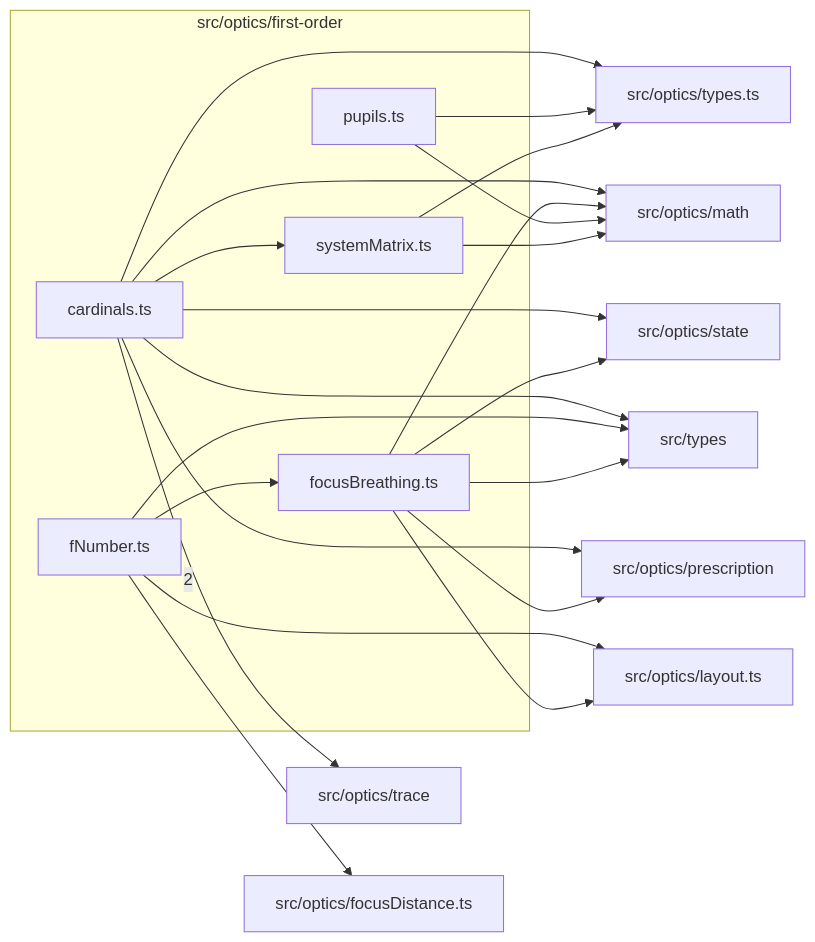
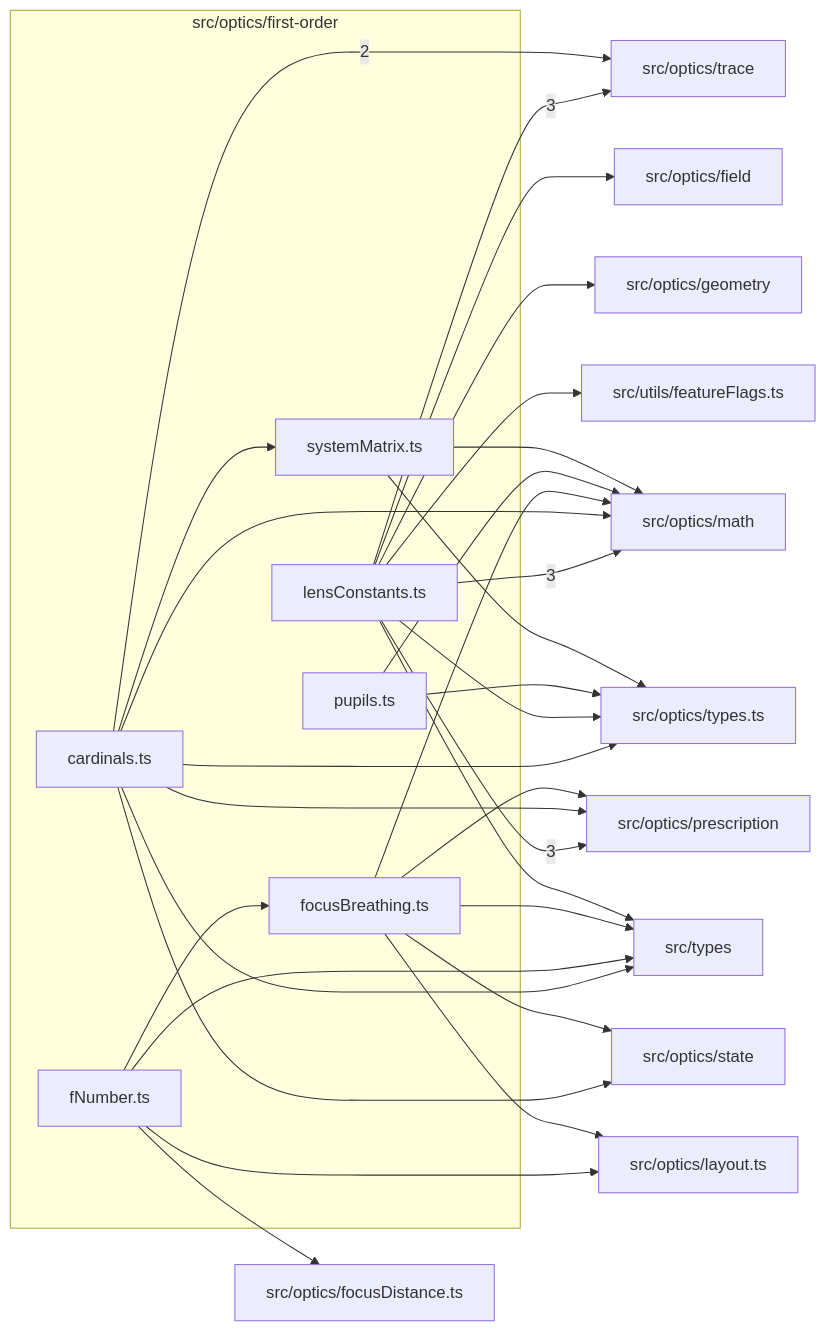
One commit to ronbuening/LensVisualizer changed the diagram in src/optics/first-order/readme.md. Above: the diagram before and after it, drawn with Mermaid. The commit also changed other lines of this file and 55 other files, not shown here.

Commit message:
S5.P1.T2 Lens constants and the RuntimeLens view, without the runtime back-pointer

````diff
--- a/src/optics/first-order/readme.md
+++ b/src/optics/first-order/readme.md
@@ -9,38 +9,50 @@
 ```mermaid
 flowchart LR
   subgraph n_src_optics_first_order["src/optics/first-order"]
     n_src_optics_first_order_src_optics_first_order_cardinals_ts["cardinals.ts"]
     n_src_optics_first_order_src_optics_first_order_fNumber_ts["fNumber.ts"]
     n_src_optics_first_order_src_optics_first_order_focusBreathing_ts["focusBreathing.ts"]
+    n_src_optics_first_order_src_optics_first_order_lensConstants_ts["lensConstants.ts"]
     n_src_optics_first_order_src_optics_first_order_pupils_ts["pupils.ts"]
     n_src_optics_first_order_src_optics_first_order_systemMatrix_ts["systemMatrix.ts"]
   end
-  n_external_src_optics_trace["src/optics/trace"]
-  n_external_src_optics_focusDistance_ts["src/optics/focusDistance.ts"]
-  n_external_src_optics_layout_ts["src/optics/layout.ts"]
   n_external_src_optics_math["src/optics/math"]
   n_external_src_optics_prescription["src/optics/prescription"]
+  n_external_src_optics_trace["src/optics/trace"]
+  n_external_src_optics_field["src/optics/field"]
+  n_external_src_optics_focusDistance_ts["src/optics/focusDistance.ts"]
+  n_external_src_optics_geometry["src/optics/geometry"]
+  n_external_src_optics_layout_ts["src/optics/layout.ts"]
   n_external_src_optics_state["src/optics/state"]
   n_external_src_optics_types_ts["src/optics/types.ts"]
   n_external_src_types["src/types"]
+  n_external_src_utils_featureFlags_ts["src/utils/featureFlags.ts"]
+  n_src_optics_first_order_src_optics_first_order_lensConstants_ts --> |3| n_external_src_optics_math
+  n_src_optics_first_order_src_optics_first_order_lensConstants_ts --> |3| n_external_src_optics_prescription
+  n_src_optics_first_order_src_optics_first_order_lensConstants_ts --> |3| n_external_src_optics_trace
   n_src_optics_first_order_src_optics_first_order_cardinals_ts --> |2| n_external_src_optics_trace
+  n_src_optics_first_order_src_optics_first_order_lensConstants_ts --> n_external_src_optics_field
   n_src_optics_first_order_src_optics_first_order_fNumber_ts --> n_external_src_optics_focusDistance_ts
+  n_src_optics_first_order_src_optics_first_order_lensConstants_ts --> n_external_src_optics_geometry
   n_src_optics_first_order_src_optics_first_order_fNumber_ts --> n_external_src_optics_layout_ts
   n_src_optics_first_order_src_optics_first_order_focusBreathing_ts --> n_external_src_optics_layout_ts
   n_src_optics_first_order_src_optics_first_order_cardinals_ts --> n_external_src_optics_math
   n_src_optics_first_order_src_optics_first_order_focusBreathing_ts --> n_external_src_optics_math
   n_src_optics_first_order_src_optics_first_order_pupils_ts --> n_external_src_optics_math
   n_src_optics_first_order_src_optics_first_order_systemMatrix_ts --> n_external_src_optics_math
   n_src_optics_first_order_src_optics_first_order_cardinals_ts --> n_external_src_optics_prescription
   n_src_optics_first_order_src_optics_first_order_focusBreathing_ts --> n_external_src_optics_prescription
   n_src_optics_first_order_src_optics_first_order_cardinals_ts --> n_external_src_optics_state
   n_src_optics_first_order_src_optics_first_order_focusBreathing_ts --> n_external_src_optics_state
   n_src_optics_first_order_src_optics_first_order_cardinals_ts --> n_external_src_optics_types_ts
+  n_src_optics_first_order_src_optics_first_order_lensConstants_ts --> n_external_src_optics_types_ts
   n_src_optics_first_order_src_optics_first_order_pupils_ts --> n_external_src_optics_types_ts
   n_src_optics_first_order_src_optics_first_order_systemMatrix_ts --> n_external_src_optics_types_ts
   n_src_optics_first_order_src_optics_first_order_cardinals_ts --> n_external_src_types
   n_src_optics_first_order_src_optics_first_order_fNumber_ts --> n_external_src_types
   n_src_optics_first_order_src_optics_first_order_focusBreathing_ts --> n_external_src_types
+  n_src_optics_first_order_src_optics_first_order_lensConstants_ts --> n_external_src_types
+  n_src_optics_first_order_src_optics_first_order_lensConstants_ts --> n_external_src_utils_featureFlags_ts
   n_src_optics_first_order_src_optics_first_order_fNumber_ts --> n_src_optics_first_order_src_optics_first_order_focusBreathing_ts
   n_src_optics_first_order_src_optics_first_order_cardinals_ts --> n_src_optics_first_order_src_optics_first_order_systemMatrix_ts
 ```
````
